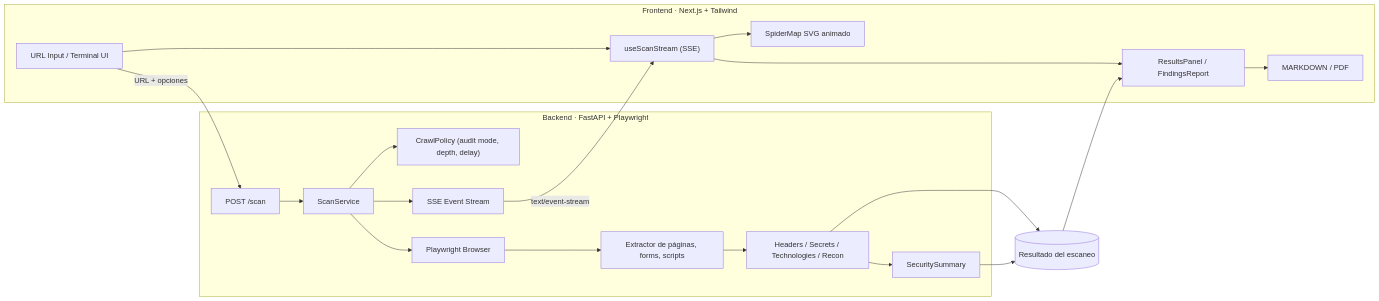
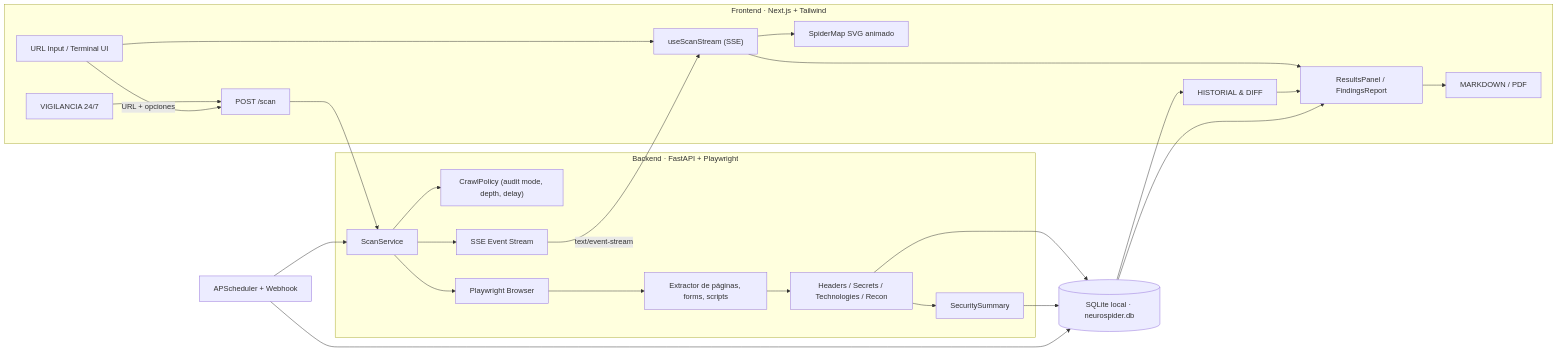
One commit to CryptonDevAlex/neuro-spider-crawler changed the first of 2 diagrams in README.md. Above: the diagram before and after it, drawn with Mermaid. The commit also changed other lines of this file and 4 other files, not shown here.

Commit message:
docs: document SQLite suite, history diff and monitoring

````diff
--- a/README.md
+++ b/README.md
@@ -23,40 +26,48 @@
 ```mermaid
 flowchart LR
     subgraph Client["Frontend · Next.js + Tailwind"]
         UI["URL Input / Terminal UI"]
         Hook["useScanStream (SSE)"]
         Map["SpiderMap SVG animado"]
         Panel["ResultsPanel / FindingsReport"]
         Export["MARKDOWN / PDF"]
+        History["HISTORIAL & DIFF"]
+        Monitor["VIGILANCIA 24/7"]
         UI --> Hook
         Hook --> Map
         Hook --> Panel
         Panel --> Export
+        History --> Panel
+        Monitor --> API
     end
 
     subgraph Server["Backend · FastAPI + Playwright"]
         API["POST /scan"]
         Service["ScanService"]
         Policy["CrawlPolicy (audit mode, depth, delay)"]
         Browser["Playwright Browser"]
         Extract["Extractor de páginas, forms, scripts"]
         Analysis["Headers / Secrets / Technologies / Recon"]
         Summary["SecuritySummary"]
         Stream["SSE Event Stream"]
         API --> Service
         Service --> Policy
         Service --> Browser
         Browser --> Extract
         Extract --> Analysis
         Analysis --> Summary
         Service --> Stream
     end
 
-    Store[("Resultado del escaneo")]
+    Store[("SQLite local · neurospider.db")]
+    Scheduler["APScheduler + Webhook"]
 
     UI -->|"URL + opciones"| API
     Stream -->|"text/event-stream"| Hook
     Analysis --> Store
     Summary --> Store
+    Store --> History
     Store --> Panel
+    Scheduler --> Service
+    Scheduler --> Store
 ```
````
